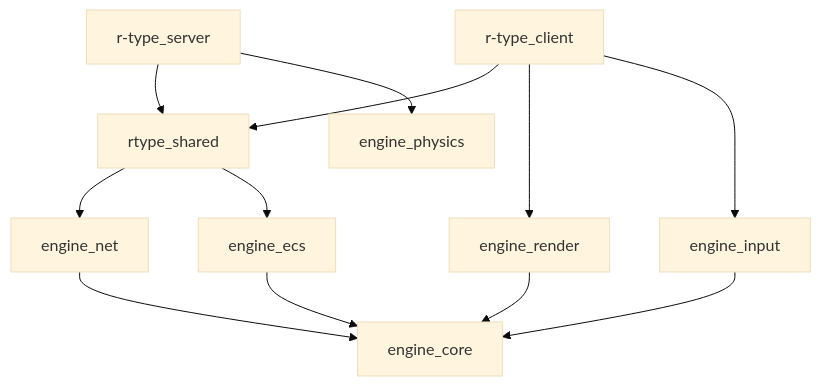
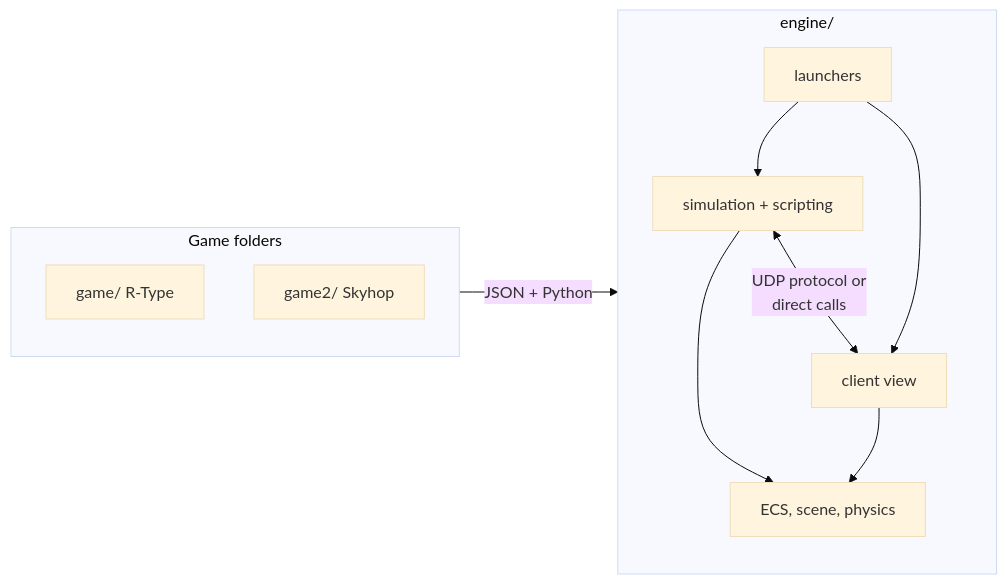
One commit to Origanire/r-type changed the diagram in docs/index.md. Above: the diagram before and after it, drawn with Mermaid (base theme). The commit also changed other lines of this file and 57 other files, not shown here.

````diff
--- a/docs/index.md
+++ b/docs/index.md
@@ -22,14 +27,15 @@
 ```mermaid
-flowchart TD
-    Client["r-type_client"] --> Shared["rtype_shared"]
-    Server["r-type_server"] --> Shared
-    Server --> Physics["engine_physics"]
-    Client --> Render["engine_render"]
-    Client --> Input["engine_input"]
-    Shared --> Net["engine_net"]
-    Shared --> ECS["engine_ecs"]
-    Net --> Core["engine_core"]
-    ECS --> Core
-    Render --> Core
-    Input --> Core
+flowchart LR
+    subgraph Data["Game folders"]
+        G1["game/ R-Type"]
+        G2["game2/ Skyhop"]
+    end
+    subgraph Engine["engine/"]
+        Apps["launchers"] --> Sim["simulation + scripting"]
+        Apps --> View["client view"]
+        Sim --> Base["ECS, scene, physics"]
+        View --> Base
+        Sim <-->|UDP protocol or<br/>direct calls| View
+    end
+    Data -->|JSON + Python| Engine
 ```
````
